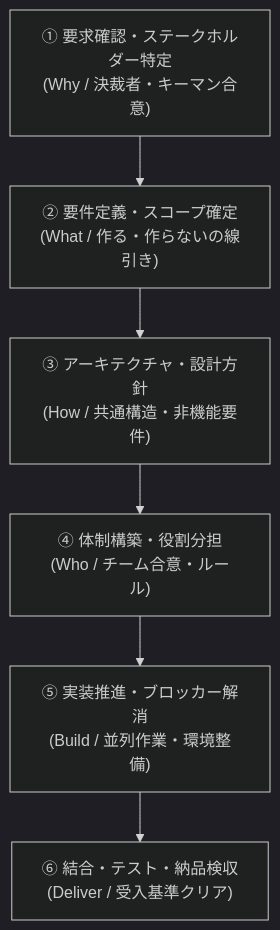
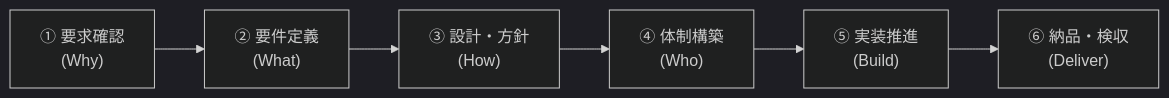
Before and after one commit to asabon/pm-simulator: the first of 2 diagrams in docs/v2/spec/overview.md, drawn with Mermaid (dark theme). The commit also changed other lines of this file, not shown here.

Commit message:
docs(v2): Mermaidダイアグラムのノード文字数を簡潔化して見栄えを改善

````diff
--- a/docs/v2/spec/overview.md
+++ b/docs/v2/spec/overview.md
@@ -31,8 +31,8 @@
 ```mermaid
-flowchart TD
-    S1["① 要求確認・ステークホルダー特定<br/>(Why / 決裁者・キーマン合意)"] --> S2["② 要件定義・スコープ確定<br/>(What / 作る・作らないの線引き)"]
-    S2 --> S3["③ アーキテクチャ・設計方針<br/>(How / 共通構造・非機能要件)"]
-    S3 --> S4["④ 体制構築・役割分担<br/>(Who / チーム合意・ルール)"]
-    S4 --> S5["⑤ 実装推進・ブロッカー解消<br/>(Build / 並列作業・環境整備)"]
-    S5 --> S6["⑥ 結合・テスト・納品検収<br/>(Deliver / 受入基準クリア)"]
+flowchart LR
+    S1["① 要求確認<br/>(Why)"] --> S2["② 要件定義<br/>(What)"]
+    S2 --> S3["③ 設計・方針<br/>(How)"]
+    S3 --> S4["④ 体制構築<br/>(Who)"]
+    S4 --> S5["⑤ 実装推進<br/>(Build)"]
+    S5 --> S6["⑥ 納品・検収<br/>(Deliver)"]
 ```
````
